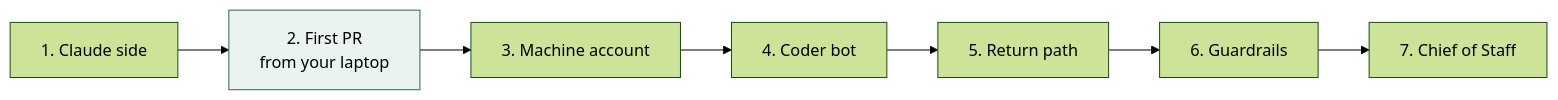
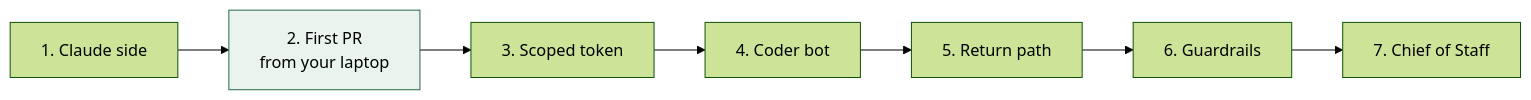
Before and after one commit to mathew-builds/Handoff: the diagram in docs/03-setup-guide.md, drawn with Mermaid (forest theme). The commit also changed other lines of this file and 7 other files, not shown here.

````diff
--- a/docs/03-setup-guide.md
+++ b/docs/03-setup-guide.md
@@ -5,5 +5,5 @@
 ```mermaid
 flowchart LR
-    S1[1. Claude side] --> S2[2. First PR<br/>from your laptop] --> S3[3. Machine account] --> S4[4. Coder bot] --> S5[5. Return path] --> S6[6. Guardrails] --> S7[7. Chief of Staff]
+    S1[1. Claude side] --> S2[2. First PR<br/>from your laptop] --> S3[3. Scoped token] --> S4[4. Coder bot] --> S5[5. Return path] --> S6[6. Guardrails] --> S7[7. Chief of Staff]
     style S2 fill:#EAF3EE,stroke:#2C6B4F
 ```
````
